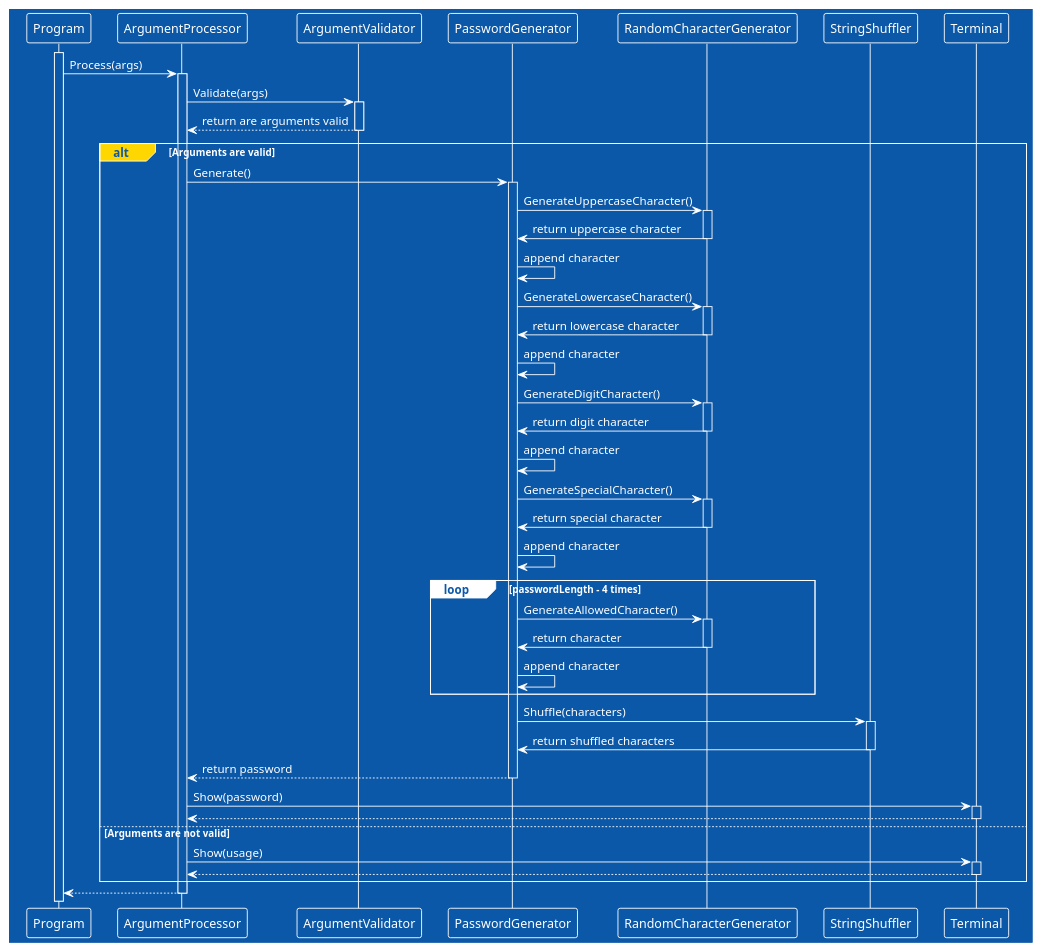
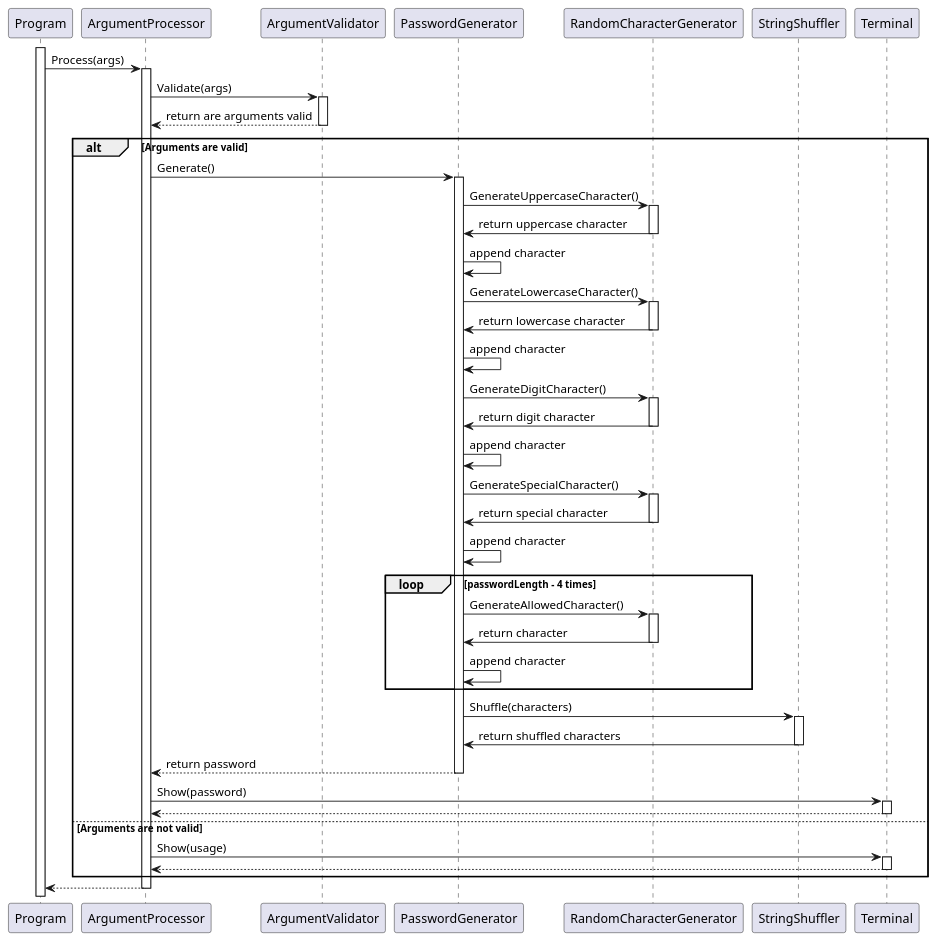
Before and after one commit to djvelimir/demo-dotnet-cli: the diagram in diagrams/Sequence.puml, drawn with PlantUML. The commit also changed 6 other files, not shown here.

```diff
--- a/diagrams/Sequence.puml
+++ b/diagrams/Sequence.puml
@@ -1,86 +1,85 @@
 @startuml Sequence
-!theme amiga
 participant Program as program
 participant ArgumentProcessor as argumentProcessor
 participant ArgumentValidator as argumentValidator
 participant PasswordGenerator as passwordGenerator
 participant RandomCharacterGenerator as randomCharacterGenerator
 participant StringShuffler as stringShuffler
 participant Terminal as terminal
 
 activate program
 
 program -> argumentProcessor: Process(args)
 activate argumentProcessor
 
 argumentProcessor -> argumentValidator: Validate(args)
 activate argumentValidator
 argumentProcessor <-- argumentValidator: return are arguments valid
 deactivate argumentValidator
 
-alt#Gold Arguments are valid
+alt Arguments are valid
     argumentProcessor -> passwordGenerator: Generate()
     activate passwordGenerator
 
     passwordGenerator -> randomCharacterGenerator: GenerateUppercaseCharacter()
     activate randomCharacterGenerator
 
     randomCharacterGenerator -> passwordGenerator: return uppercase character
     deactivate randomCharacterGenerator
     passwordGenerator -> passwordGenerator: append character
 
     passwordGenerator -> randomCharacterGenerator: GenerateLowercaseCharacter()
     activate randomCharacterGenerator
 
     randomCharacterGenerator -> passwordGenerator: return lowercase character
     deactivate randomCharacterGenerator
     passwordGenerator -> passwordGenerator: append character
 
     passwordGenerator -> randomCharacterGenerator: GenerateDigitCharacter()
     activate randomCharacterGenerator
 
     randomCharacterGenerator -> passwordGenerator: return digit character
     deactivate randomCharacterGenerator
     passwordGenerator -> passwordGenerator: append character
 
     passwordGenerator -> randomCharacterGenerator: GenerateSpecialCharacter()
     activate randomCharacterGenerator
 
     randomCharacterGenerator -> passwordGenerator: return special character
     deactivate randomCharacterGenerator
     passwordGenerator -> passwordGenerator: append character
 
     loop passwordLength - 4 times
         passwordGenerator -> randomCharacterGenerator: GenerateAllowedCharacter()
         activate randomCharacterGenerator
 
         randomCharacterGenerator -> passwordGenerator: return character
         deactivate randomCharacterGenerator
         passwordGenerator -> passwordGenerator: append character
     end
 
     passwordGenerator -> stringShuffler: Shuffle(characters)
     activate stringShuffler
 
     stringShuffler -> passwordGenerator: return shuffled characters
     deactivate stringShuffler
 
     argumentProcessor <-- passwordGenerator: return password
     deactivate passwordGenerator
 
     argumentProcessor -> terminal: Show(password)
     activate terminal
     argumentProcessor <-- terminal
     deactivate terminal
 
 else Arguments are not valid
     argumentProcessor -> terminal: Show(usage)
     activate terminal
     argumentProcessor <-- terminal
     deactivate terminal
 end
 
 program <-- argumentProcessor
 deactivate argumentProcessor
 
 @enduml
```
